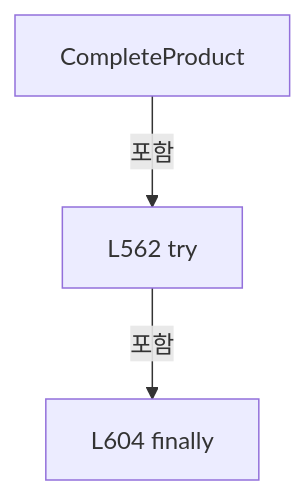
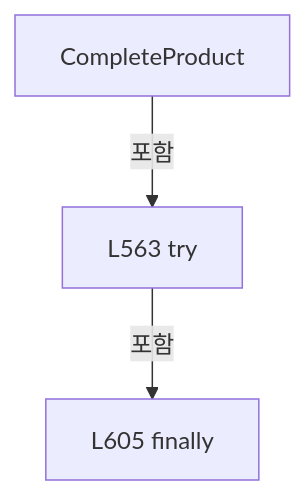
Before and after one commit to kjuws10-rgb/Shared: diagram 17 of 27 in A3 LD Code Ref/files/Drilling.Common/Product/CProductManager.cs.md, drawn with Mermaid. The commit also changed other lines of this file and 8055 other files, not shown here.

Commit message:
docs(a3): trace Stage Glass Data and refresh architecture and full code reference

````diff
--- a/A3 LD Code Ref/files/Drilling.Common/Product/CProductManager.cs.md
+++ b/A3 LD Code Ref/files/Drilling.Common/Product/CProductManager.cs.md
@@ -1986,8 +1987,8 @@
 ```mermaid
 flowchart TD
  M["CompleteProduct"]
- N0["L562 try"]
+ N0["L563 try"]
  M -->|포함| N0
- N1["L604 finally"]
+ N1["L605 finally"]
  N0 -->|포함| N1
 ```
````
